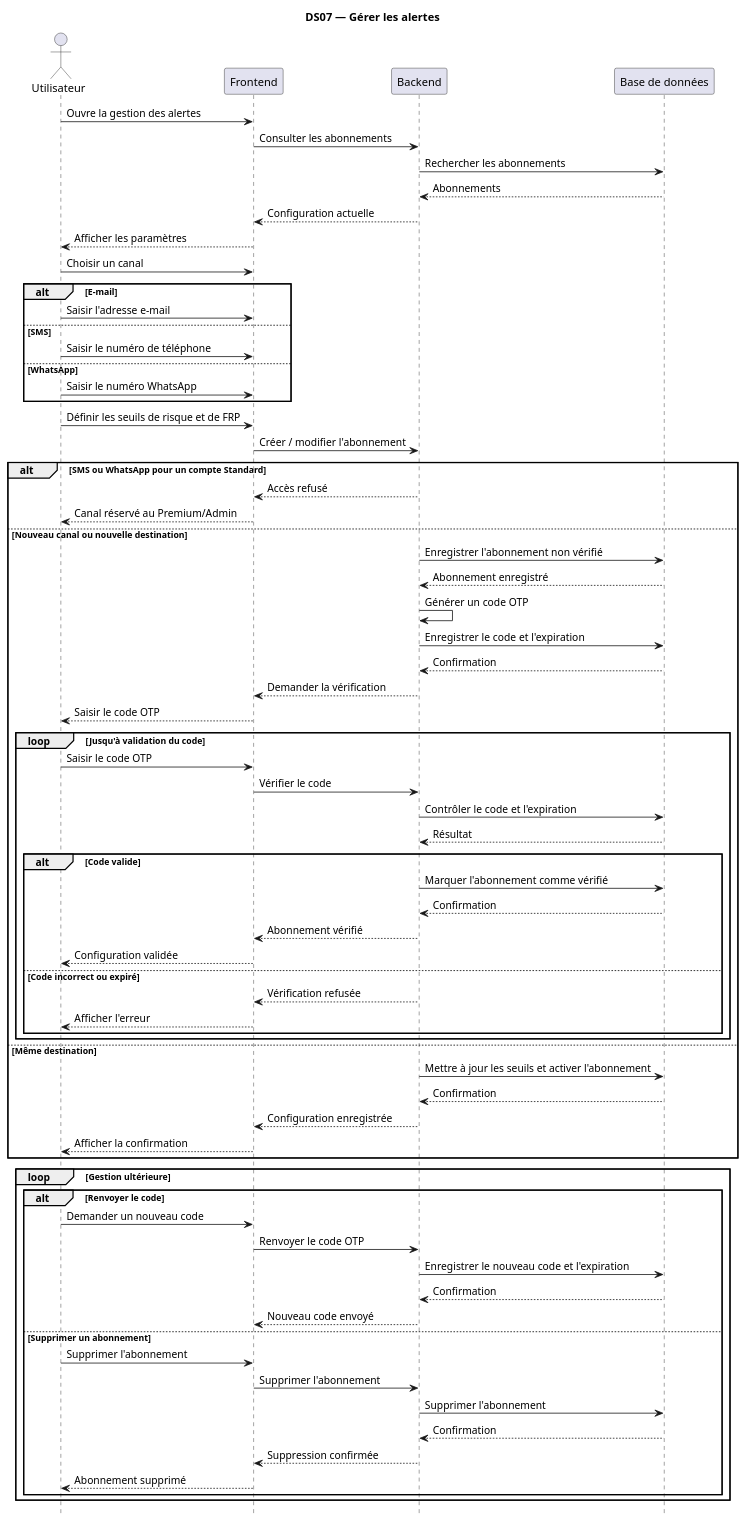
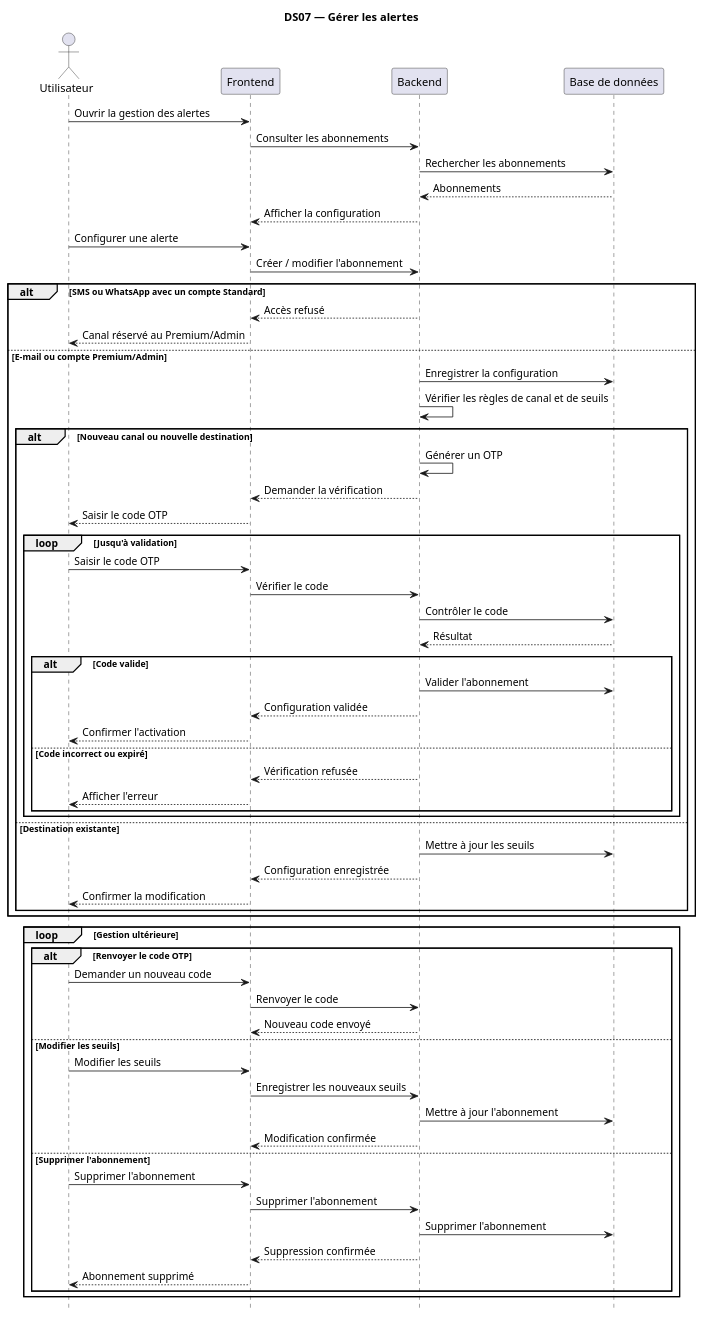
One commit to TkAbeleon/NoteAcemiqueProjetSoutenanceL3 changed the diagram in UML_JeryMotro/DS07_Gerer_alertes.plantuml. Above: the diagram before and after it, drawn with PlantUML.

Commit message:
Alléger DS07 en conservant le comportement réel

```diff
--- a/UML_JeryMotro/DS07_Gerer_alertes.plantuml
+++ b/UML_JeryMotro/DS07_Gerer_alertes.plantuml
@@ -1,84 +1,74 @@
 @startuml
 
 title DS07 — Gérer les alertes
 hide footbox
 skinparam shadowing false
 
 actor "Utilisateur" as U
 participant "Frontend" as F
 participant "Backend" as B
 participant "Base de données" as DB
 
-U -> F : Ouvre la gestion des alertes
+U -> F : Ouvrir la gestion des alertes
 F -> B : Consulter les abonnements
 B -> DB : Rechercher les abonnements
 DB --> B : Abonnements
-B --> F : Configuration actuelle
-F --> U : Afficher les paramètres
+B --> F : Afficher la configuration
 
-U -> F : Choisir un canal
-
-alt E-mail
-    U -> F : Saisir l'adresse e-mail
-else SMS
-    U -> F : Saisir le numéro de téléphone
-else WhatsApp
-    U -> F : Saisir le numéro WhatsApp
-end
-
-U -> F : Définir les seuils de risque et de FRP
+U -> F : Configurer une alerte
 F -> B : Créer / modifier l'abonnement
 
-alt SMS ou WhatsApp pour un compte Standard
+alt SMS ou WhatsApp avec un compte Standard
     B --> F : Accès refusé
     F --> U : Canal réservé au Premium/Admin
-else Nouveau canal ou nouvelle destination
-    B -> DB : Enregistrer l'abonnement non vérifié
-    DB --> B : Abonnement enregistré
-    B -> B : Générer un code OTP
-    B -> DB : Enregistrer le code et l'expiration
-    DB --> B : Confirmation
-    B --> F : Demander la vérification
-    F --> U : Saisir le code OTP
+else E-mail ou compte Premium/Admin
+    B -> DB : Enregistrer la configuration
+    B -> B : Vérifier les règles de canal et de seuils
 
-    loop Jusqu'à validation du code
-        U -> F : Saisir le code OTP
-        F -> B : Vérifier le code
-        B -> DB : Contrôler le code et l'expiration
-        DB --> B : Résultat
+    alt Nouveau canal ou nouvelle destination
+        B -> B : Générer un OTP
+        B --> F : Demander la vérification
+        F --> U : Saisir le code OTP
 
-        alt Code valide
-            B -> DB : Marquer l'abonnement comme vérifié
-            DB --> B : Confirmation
-            B --> F : Abonnement vérifié
-            F --> U : Configuration validée
-        else Code incorrect ou expiré
-            B --> F : Vérification refusée
-            F --> U : Afficher l'erreur
+        loop Jusqu'à validation
+            U -> F : Saisir le code OTP
+            F -> B : Vérifier le code
+            B -> DB : Contrôler le code
+            DB --> B : Résultat
+
+            alt Code valide
+                B -> DB : Valider l'abonnement
+                B --> F : Configuration validée
+                F --> U : Confirmer l'activation
+            else Code incorrect ou expiré
+                B --> F : Vérification refusée
+                F --> U : Afficher l'erreur
+            end
         end
+    else Destination existante
+        B -> DB : Mettre à jour les seuils
+        B --> F : Configuration enregistrée
+        F --> U : Confirmer la modification
     end
-else Même destination
-    B -> DB : Mettre à jour les seuils et activer l'abonnement
-    DB --> B : Confirmation
-    B --> F : Configuration enregistrée
-    F --> U : Afficher la confirmation
 end
 
 loop Gestion ultérieure
-    alt Renvoyer le code
+    alt Renvoyer le code OTP
         U -> F : Demander un nouveau code
-        F -> B : Renvoyer le code OTP
-        B -> DB : Enregistrer le nouveau code et l'expiration
-        DB --> B : Confirmation
+        F -> B : Renvoyer le code
         B --> F : Nouveau code envoyé
-    else Supprimer un abonnement
+    else Modifier les seuils
+        U -> F : Modifier les seuils
+        F -> B : Enregistrer les nouveaux seuils
+        B -> DB : Mettre à jour l'abonnement
+        B --> F : Modification confirmée
+    else Supprimer l'abonnement
         U -> F : Supprimer l'abonnement
         F -> B : Supprimer l'abonnement
         B -> DB : Supprimer l'abonnement
-        DB --> B : Confirmation
         B --> F : Suppression confirmée
         F --> U : Abonnement supprimé
     end
 end
 
 @enduml
```
